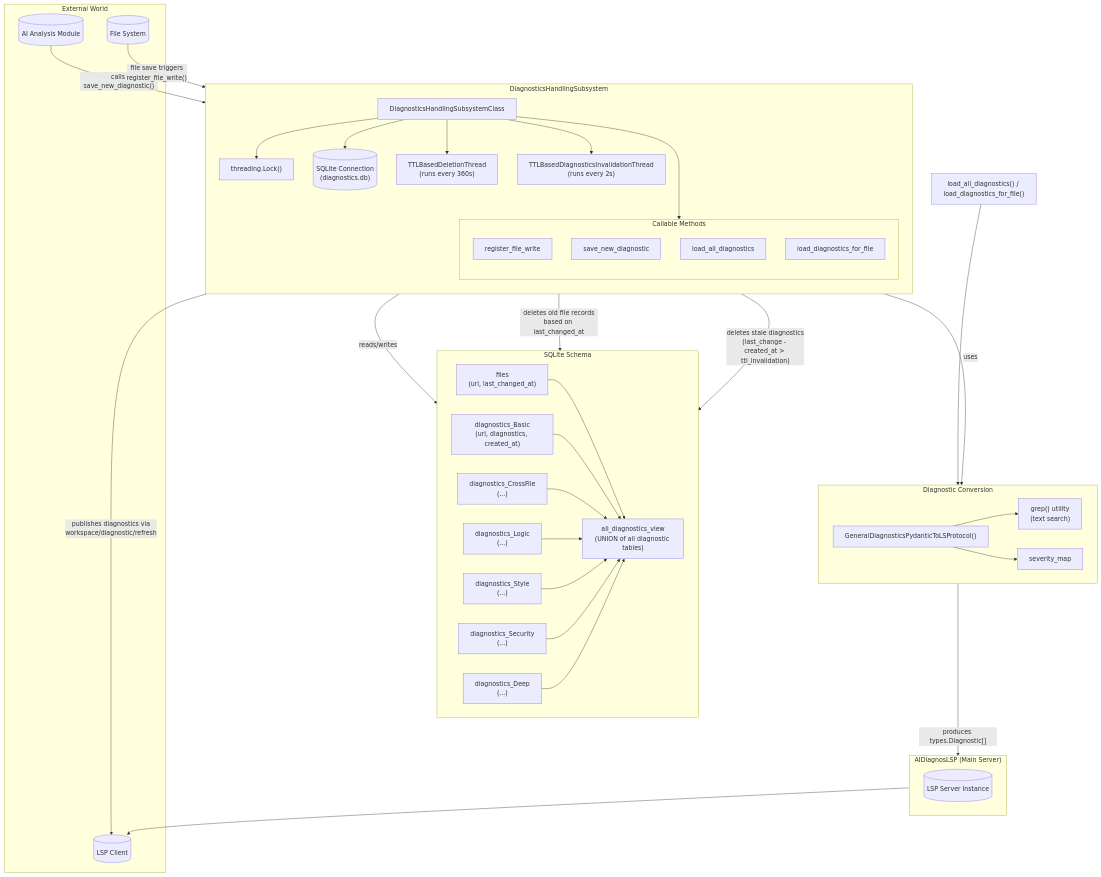
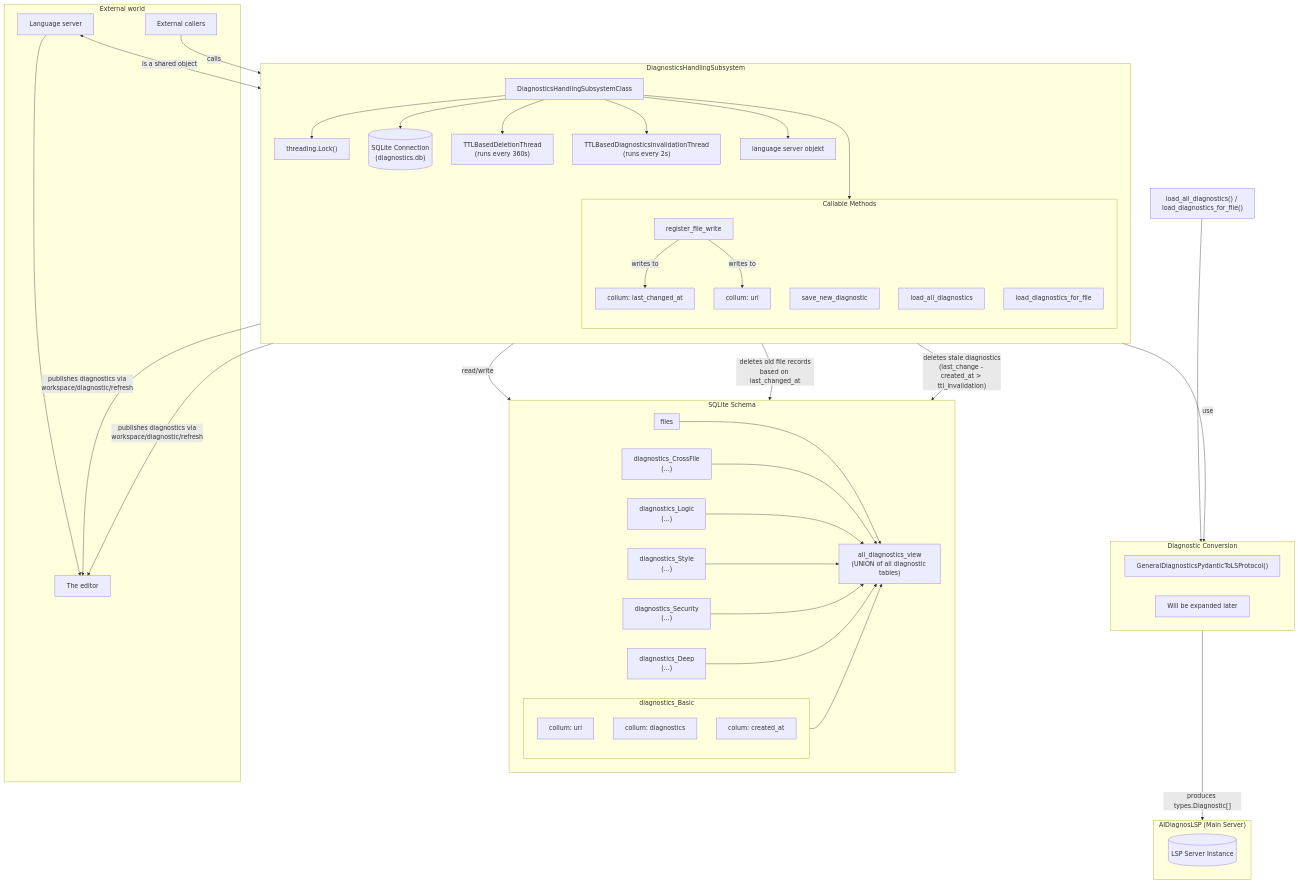
The diagram in python3/ai_diagnos_lsp/utils/DiagnosticsHandlingSubsystem/README.md (VectorZeroAI/ai_diagnos.nvim), drawn with Mermaid before and after one commit.

Commit message:
feat(improoved diagramm): diagramm

````diff
--- a/python3/ai_diagnos_lsp/utils/DiagnosticsHandlingSubsystem/README.md
+++ b/python3/ai_diagnos_lsp/utils/DiagnosticsHandlingSubsystem/README.md
@@ -38,11 +38,13 @@
         conn[("SQLite Connection<br/>(diagnostics.db)")]
         ttl_del["TTLBasedDeletionThread<br/>(runs every 360s)"]
         ttl_inv["TTLBasedDiagnosticsInvalidationThread<br/>(runs every 2s)"]
+        ls["language server objekt"]
 
         DHS_obj --> DB_lock
         DHS_obj --> conn
         DHS_obj --> ttl_del
         DHS_obj --> ttl_inv
+        DHS_obj --> ls
 
         subgraph methods["Callable Methods"]
             direction TB
@@ -50,14 +52,24 @@
             save_new_diagnostic["save_new_diagnostic"]
             load_all_diagnostics["load_all_diagnostics"]
             load_diagnostics_for_file["load_diagnostics_for_file"]
+
+            register_file_write -- writes to --> files_colum_last_changed_at
+            register_file_write -- writes to --> files_colum_uri
         end
         DHS_obj ---> methods
     end
 
     subgraph Database["SQLite Schema"]
         direction LR
-        files["files<br/>(uri, last_changed_at)"]
-        diag_basic["diagnostics_Basic<br/>(uri, diagnostics, created_at)"]
+        subgraph files["files"]
+            files_colum_uri["collum: uri"]
+            files_colum_last_changed_at["collum: last_changed_at"]
+        end
+        subgraph diag_basic["diagnostics_Basic"]
+            diag_basic_uri["collum: uri"]
+            diag_basic_diagnostics["collum: diagnostics"]
+            diag_basic_created_at["colum: created_at"]
+        end
         diag_cross["diagnostics_CrossFile<br/>(...)"]
         diag_logic["diagnostics_Logic<br/>(...)"]
         diag_style["diagnostics_Style<br/>(...)"]
@@ -76,31 +88,30 @@
 
     subgraph Conversion["Diagnostic Conversion"]
         func["GeneralDiagnosticsPydanticToLSProtocol()"]
-        grep["grep() utility<br/>(text search)"]
-        severity["severity_map"]
-        func --> grep
-        func --> severity
+        note_1["Will be expanded later"]
     end
 
-    subgraph External["External World"]
-        Client[("LSP Client")]
-        FileSystem[("File System")]
-        AIAnalysis[("AI Analysis Module")]
+    subgraph external["External world"]
+        LSP["Language server"]
+        LSP <-- is a shared object --> ls
+        callers["External callers"]
+        Client["The editor"] 
     end
 
     %% Interactions
-    AIAnalysis -- "calls save_new_diagnostic()" --> DHS
-    FileSystem -- "file save triggers<br/>register_file_write()" --> DHS
 
-    DHS -- "reads/writes" --> Database
-    DHS -- "uses" --> Conversion
+    callers -- "calls" --> methods
 
-    DHS -- "publishes diagnostics via<br/>workspace/diagnostic/refresh" --> Client
+    methods -- "read/write" --> Database
+    methods -- "use" --> Conversion
+
+    load_all_diagnostics -- "publishes diagnostics via<br/>workspace/diagnostic/refresh" --> Client
+    load_diagnostics_for_file -- "publishes diagnostics via<br/>workspace/diagnostic/refresh" --> Client
 
     ttl_del -- "deletes old file records<br/>based on last_changed_at" --> Database
     ttl_inv -- "deletes stale diagnostics<br/>(last_change - created_at > ttl_invalidation)" --> Database
 
     load_diagnostics["load_all_diagnostics() / load_diagnostics_for_file()"] --> Conversion
     Conversion -- "produces types.Diagnostic[]" --> LS
-    LS --> Client
+    LSP --> Client
 ```
````
